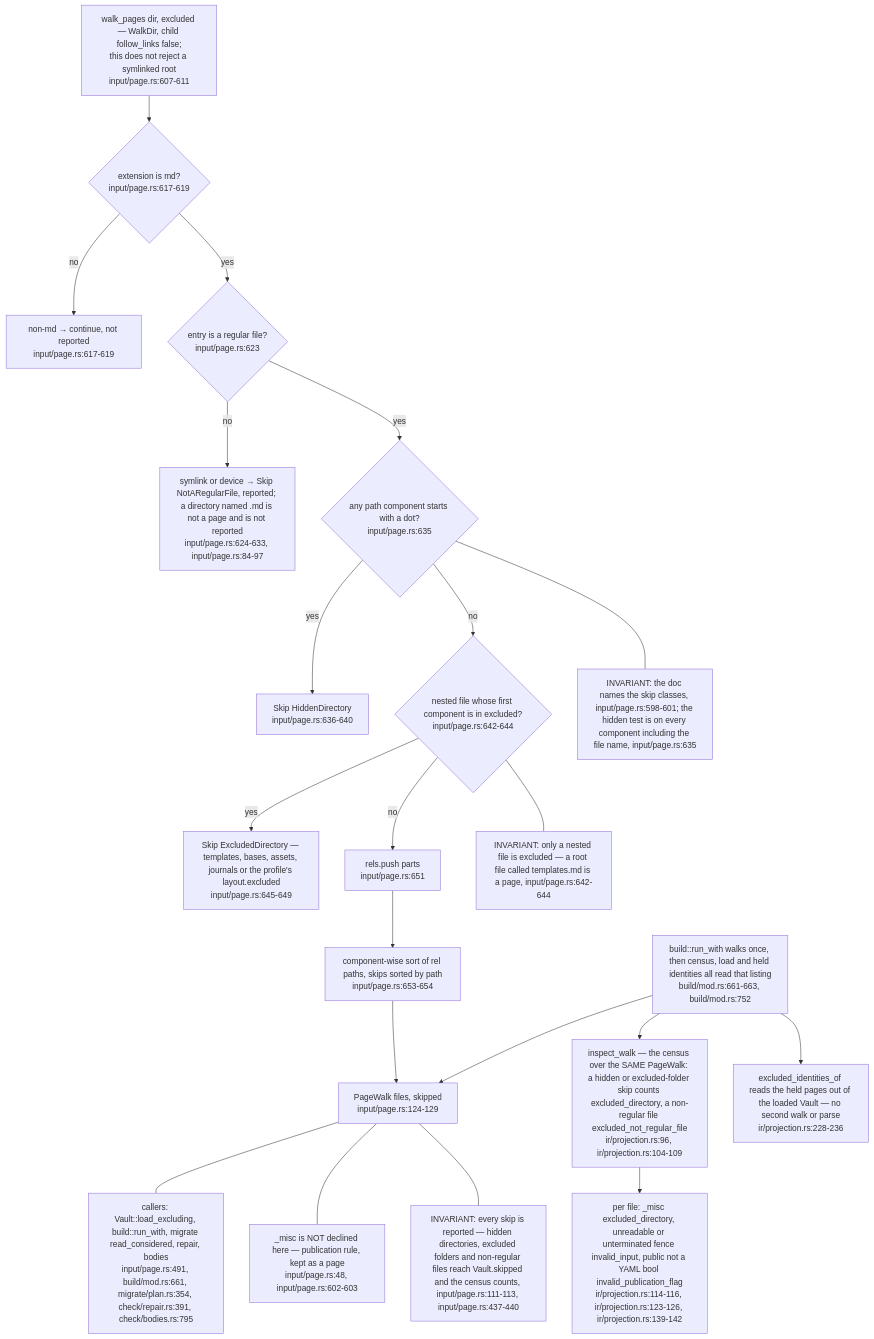
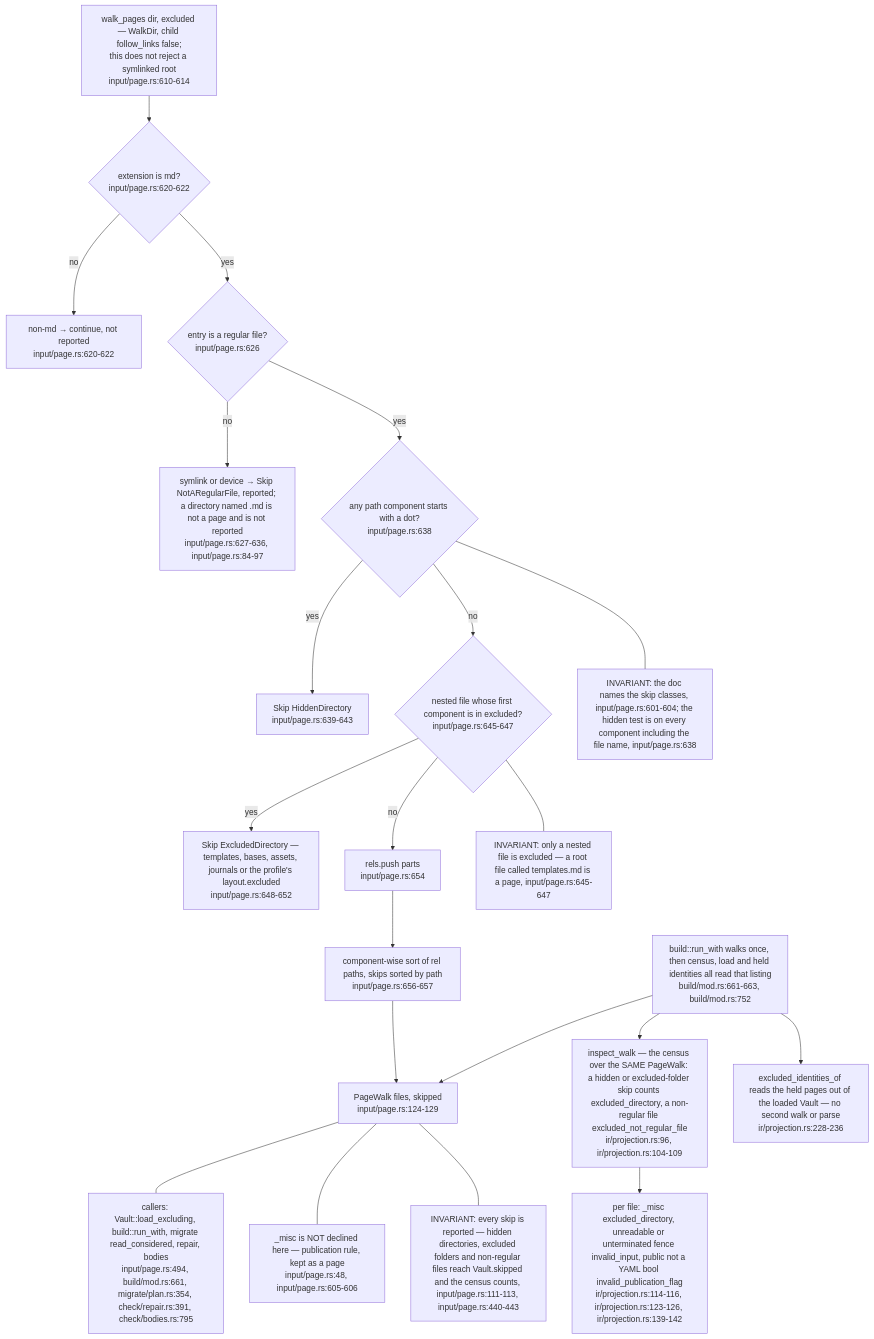
One commit to DreamLab-AI/VisionFlow changed the second of 6 diagrams in docs/diagrams/ontomark/01-input-layer-vault-pages-and-gates.md. Above: the diagram before and after it, drawn with Mermaid. The commit also changed other lines of this file and 70 other files, not shown here.

First line of the commit message:
docs(diagrams): re-verify 69 topics at current default-branch heads

````diff
--- a/docs/diagrams/ontomark/01-input-layer-vault-pages-and-gates.md
+++ b/docs/diagrams/ontomark/01-input-layer-vault-pages-and-gates.md
@@ -90,42 +90,42 @@
 ```mermaid
 flowchart TD
-    W["walk_pages dir, excluded — WalkDir, child follow_links false;<br/>this does not reject a symlinked root<br/>input/page.rs:607-611"]
-    ISMD{"extension is md?<br/>input/page.rs:617-619"}
-    DROPNONMD["non-md → continue, not reported<br/>input/page.rs:617-619"]
-    ISFILE{"entry is a regular file?<br/>input/page.rs:623"}
-    DROPSYM["symlink or device → Skip NotARegularFile, reported; a directory named .md is not a page and is not reported<br/>input/page.rs:624-633, input/page.rs:84-97"]
-    HIDDEN{"any path component starts with a dot?<br/>input/page.rs:635"}
-    SKIP["Skip HiddenDirectory<br/>input/page.rs:636-640"]
-    EXCL{"nested file whose first component is in excluded?<br/>input/page.rs:642-644"}
-    SKIPX["Skip ExcludedDirectory — templates, bases, assets, journals or the profile's layout.excluded<br/>input/page.rs:645-649"]
-    KEEP["rels.push parts<br/>input/page.rs:651"]
-    SORT["component-wise sort of rel paths, skips sorted by path<br/>input/page.rs:653-654"]
+    W["walk_pages dir, excluded — WalkDir, child follow_links false;<br/>this does not reject a symlinked root<br/>input/page.rs:610-614"]
+    ISMD{"extension is md?<br/>input/page.rs:620-622"}
+    DROPNONMD["non-md → continue, not reported<br/>input/page.rs:620-622"]
+    ISFILE{"entry is a regular file?<br/>input/page.rs:626"}
+    DROPSYM["symlink or device → Skip NotARegularFile, reported; a directory named .md is not a page and is not reported<br/>input/page.rs:627-636, input/page.rs:84-97"]
+    HIDDEN{"any path component starts with a dot?<br/>input/page.rs:638"}
+    SKIP["Skip HiddenDirectory<br/>input/page.rs:639-643"]
+    EXCL{"nested file whose first component is in excluded?<br/>input/page.rs:645-647"}
+    SKIPX["Skip ExcludedDirectory — templates, bases, assets, journals or the profile's layout.excluded<br/>input/page.rs:648-652"]
+    KEEP["rels.push parts<br/>input/page.rs:654"]
+    SORT["component-wise sort of rel paths, skips sorted by path<br/>input/page.rs:656-657"]
     OUT["PageWalk files, skipped<br/>input/page.rs:124-129"]
     W --> ISMD
     ISMD -- no --> DROPNONMD
     ISMD -- yes --> ISFILE
     ISFILE -- no --> DROPSYM
     ISFILE -- yes --> HIDDEN
     HIDDEN -- yes --> SKIP
     HIDDEN -- no --> EXCL
     EXCL -- yes --> SKIPX
     EXCL -- no --> KEEP
     KEEP --> SORT --> OUT
-    UNPUB["_misc is NOT declined here — publication rule, kept as a page<br/>input/page.rs:48, input/page.rs:602-603"]
-    CALLERS["callers: Vault::load_excluding, build::run_with, migrate read_considered, repair, bodies<br/>input/page.rs:491, build/mod.rs:661, migrate/plan.rs:354, check/repair.rs:391, check/bodies.rs:795"]
+    UNPUB["_misc is NOT declined here — publication rule, kept as a page<br/>input/page.rs:48, input/page.rs:605-606"]
+    CALLERS["callers: Vault::load_excluding, build::run_with, migrate read_considered, repair, bodies<br/>input/page.rs:494, build/mod.rs:661, migrate/plan.rs:354, check/repair.rs:391, check/bodies.rs:795"]
     CENSUS["inspect_walk — the census over the SAME PageWalk: a hidden or excluded-folder skip counts excluded_directory, a non-regular file excluded_not_regular_file<br/>ir/projection.rs:96, ir/projection.rs:104-109"]
     CENSUSF["per file: _misc excluded_directory, unreadable or unterminated fence invalid_input, public not a YAML bool invalid_publication_flag<br/>ir/projection.rs:114-116, ir/projection.rs:123-126, ir/projection.rs:139-142"]
     HELD["excluded_identities_of reads the held pages out of the loaded Vault — no second walk or parse<br/>ir/projection.rs:228-236"]
     RUN["build::run_with walks once, then census, load and held identities all read that listing<br/>build/mod.rs:661-663, build/mod.rs:752"]
     OUT --- CALLERS
     OUT --- UNPUB
     RUN --> OUT
     RUN --> CENSUS --> CENSUSF
     RUN --> HELD
-    note1["INVARIANT: every skip is reported — hidden directories, excluded folders and non-regular files reach Vault.skipped and the census counts, input/page.rs:111-113, input/page.rs:437-440"]
-    note2["INVARIANT: the doc names the skip classes, input/page.rs:598-601; the hidden test is on every component including the file name, input/page.rs:635"]
-    note3["INVARIANT: only a nested file is excluded — a root file called templates.md is a page, input/page.rs:642-644"]
+    note1["INVARIANT: every skip is reported — hidden directories, excluded folders and non-regular files reach Vault.skipped and the census counts, input/page.rs:111-113, input/page.rs:440-443"]
+    note2["INVARIANT: the doc names the skip classes, input/page.rs:601-604; the hidden test is on every component including the file name, input/page.rs:638"]
+    note3["INVARIANT: only a nested file is excluded — a root file called templates.md is a page, input/page.rs:645-647"]
     OUT --- note1
     HIDDEN --- note2
     EXCL --- note3
 ```
````
